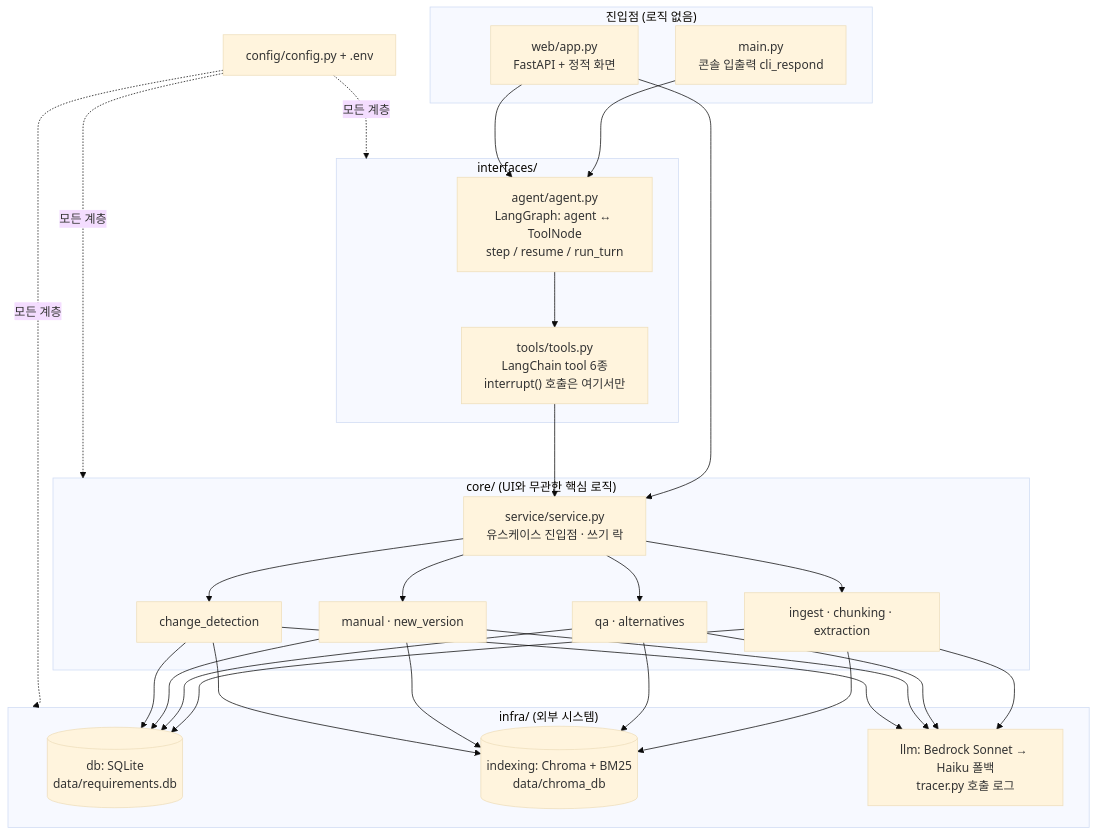
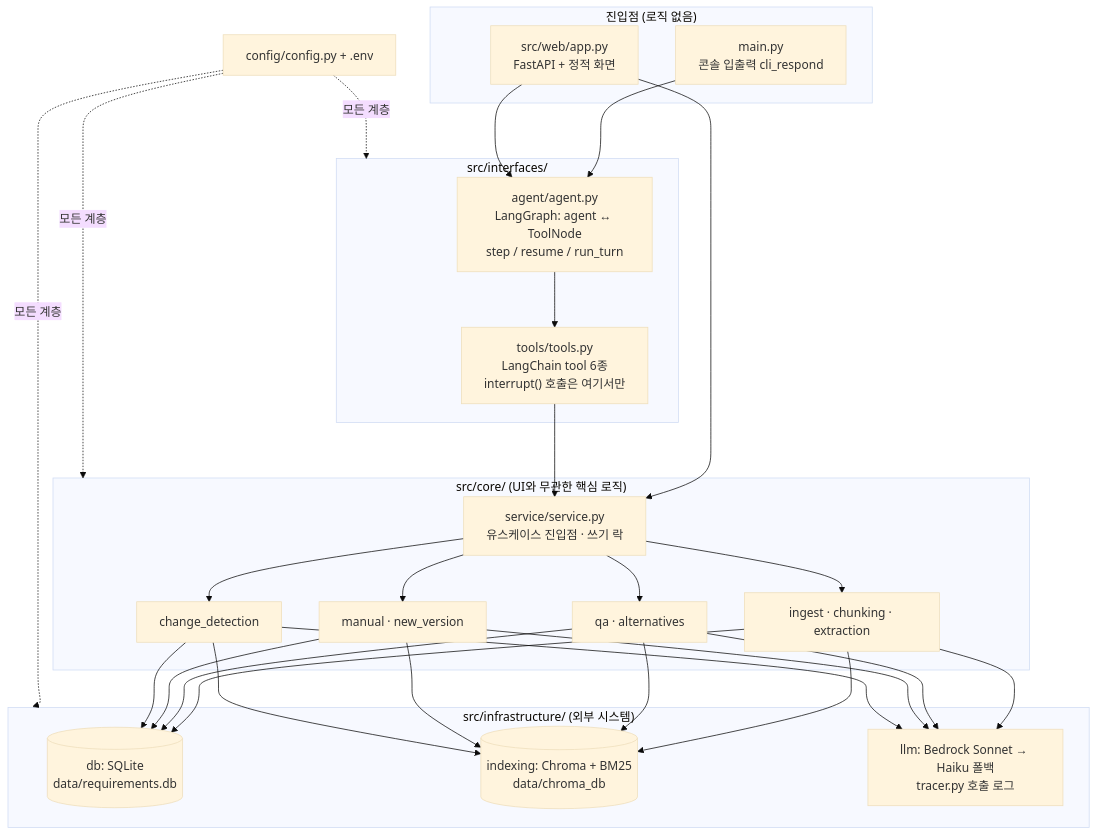
Before and after one commit to limgandhi/requirement-history-agent: the first of 7 diagrams in README.md, drawn with Mermaid (base theme). The commit also changed other lines of this file and 77 other files, not shown here.

First line of the commit message:
refactor: move code under src/ and rename evals->evaluation, infra->infrastructure

````diff
--- a/README.md
+++ b/README.md
@@ -145,33 +145,33 @@
 ```mermaid
 flowchart TB
     subgraph Entry["진입점 (로직 없음)"]
         CLI["main.py<br/>콘솔 입출력 cli_respond"]
-        WEB["web/app.py<br/>FastAPI + 정적 화면"]
+        WEB["src/web/app.py<br/>FastAPI + 정적 화면"]
     end
-    subgraph IF["interfaces/"]
+    subgraph IF["src/interfaces/"]
         AG["agent/agent.py<br/>LangGraph: agent ↔ ToolNode<br/>step / resume / run_turn"]
         TL["tools/tools.py<br/>LangChain tool 6종<br/>interrupt() 호출은 여기서만"]
     end
-    subgraph CORE["core/ (UI와 무관한 핵심 로직)"]
+    subgraph CORE["src/core/ (UI와 무관한 핵심 로직)"]
         SV["service/service.py<br/>유스케이스 진입점 · 쓰기 락"]
         IN["ingest · chunking · extraction"]
         QA["qa · alternatives"]
         MN["manual · new_version"]
         CD["change_detection"]
     end
-    subgraph INFRA["infra/ (외부 시스템)"]
+    subgraph INFRA["src/infrastructure/ (외부 시스템)"]
         DB[("db: SQLite<br/>data/requirements.db")]
         IX[("indexing: Chroma + BM25<br/>data/chroma_db")]
         LL["llm: Bedrock Sonnet → Haiku 폴백<br/>tracer.py 호출 로그"]
     end
     CFG["config/config.py + .env"]
 
     CLI --> AG
     WEB --> AG
     WEB --> SV
     AG --> TL
     TL --> SV
     SV --> IN & QA & MN & CD
     IN & QA & MN & CD --> DB & IX & LL
     CFG -.모든 계층.-> IF & CORE & INFRA
 ```
````
